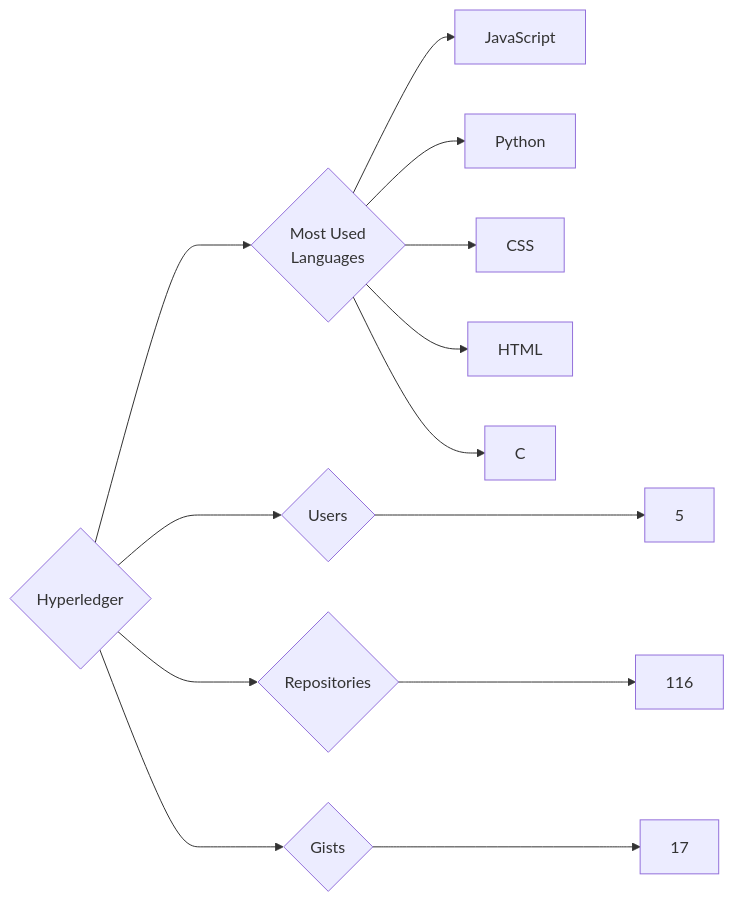
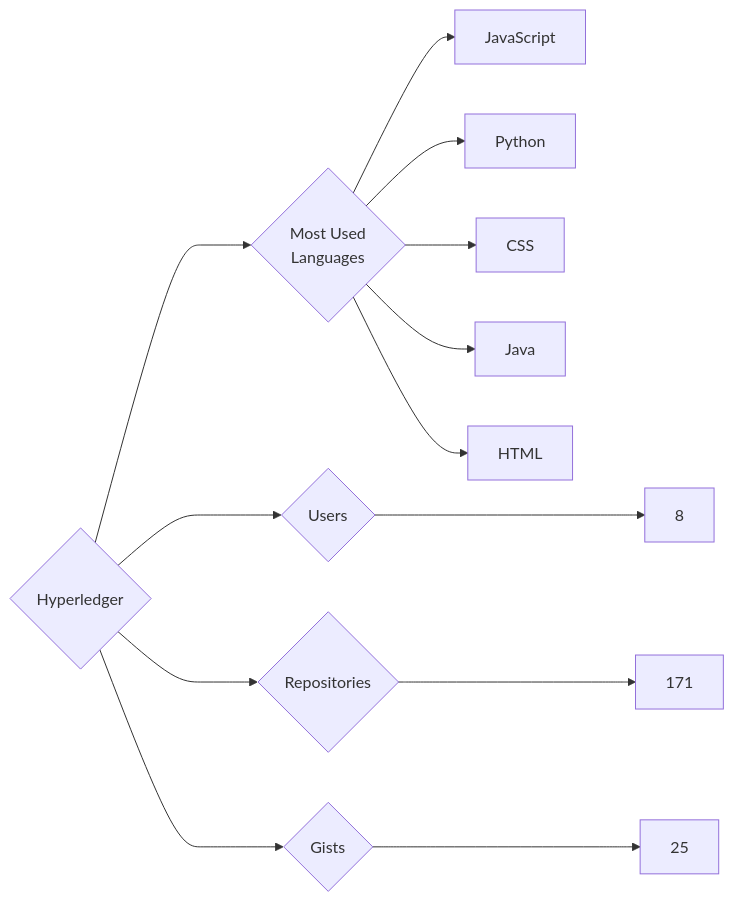
Before and after one commit to trickest/insiders: the diagram in targets/Hyperledger/README.md, drawn with Mermaid. The commit also changed 1003 other files, not shown here.

````diff
--- a/targets/Hyperledger/README.md
+++ b/targets/Hyperledger/README.md
@@ -3,13 +3,13 @@
 ```mermaid
 graph LR
 COMPANY_NAME{Hyperledger}
-COMPANY_NAME ---> U{Users} ---> UN[5]
-COMPANY_NAME ---> R{Repositories} ---> RN[116]
-COMPANY_NAME ---> G{Gists} ---> GN[17]
+COMPANY_NAME ---> U{Users} ---> UN[8]
+COMPANY_NAME ---> R{Repositories} ---> RN[171]
+COMPANY_NAME ---> G{Gists} ---> GN[25]
 COMPANY_NAME ---> ML{Most Used<br>Languages}
 ML --> JavaScript[JavaScript]
 ML --> Python[Python]
 ML --> CSS[CSS]
+ML --> Java[Java]
 ML --> HTML[HTML]
-ML --> C[C]
 ```
````
